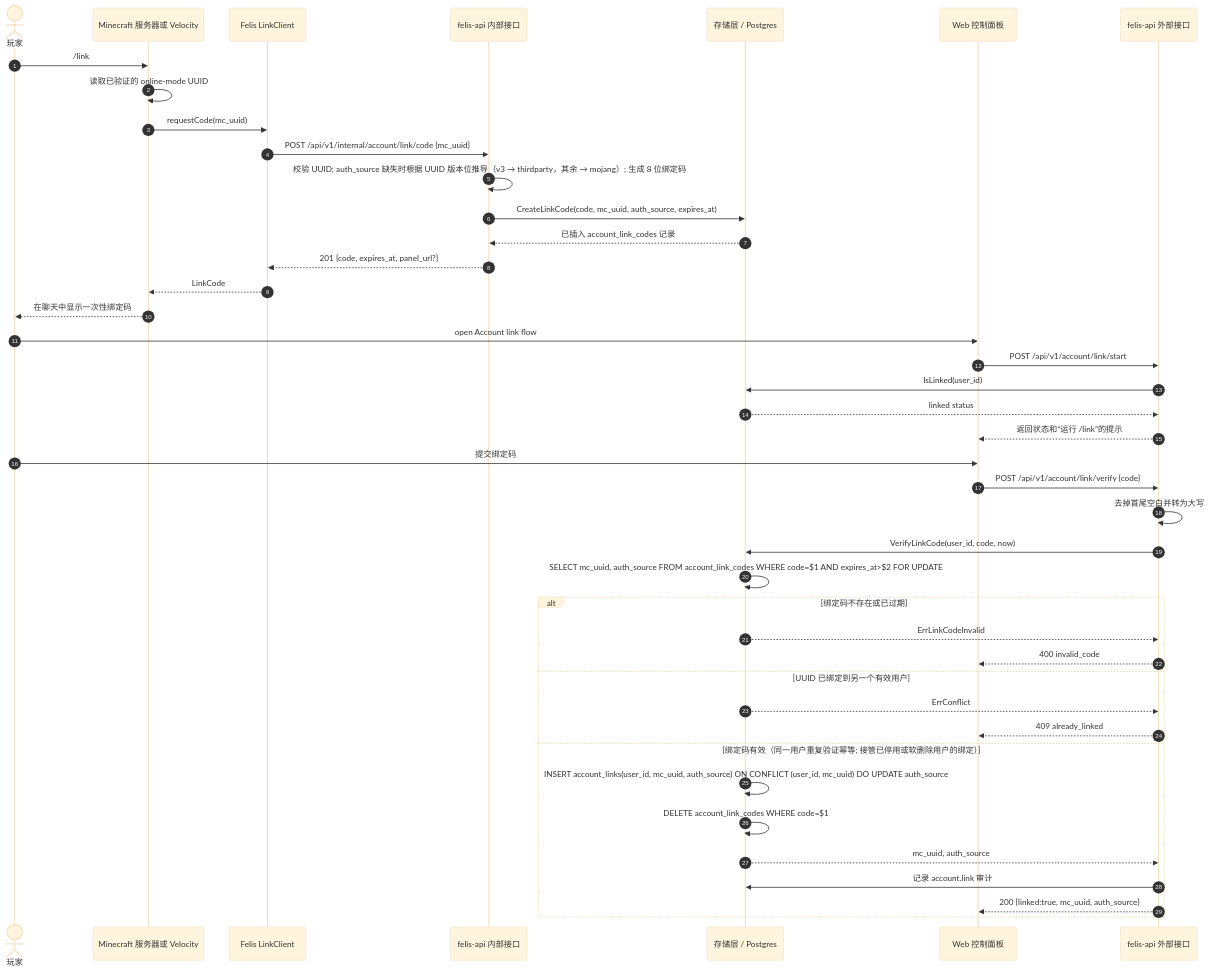
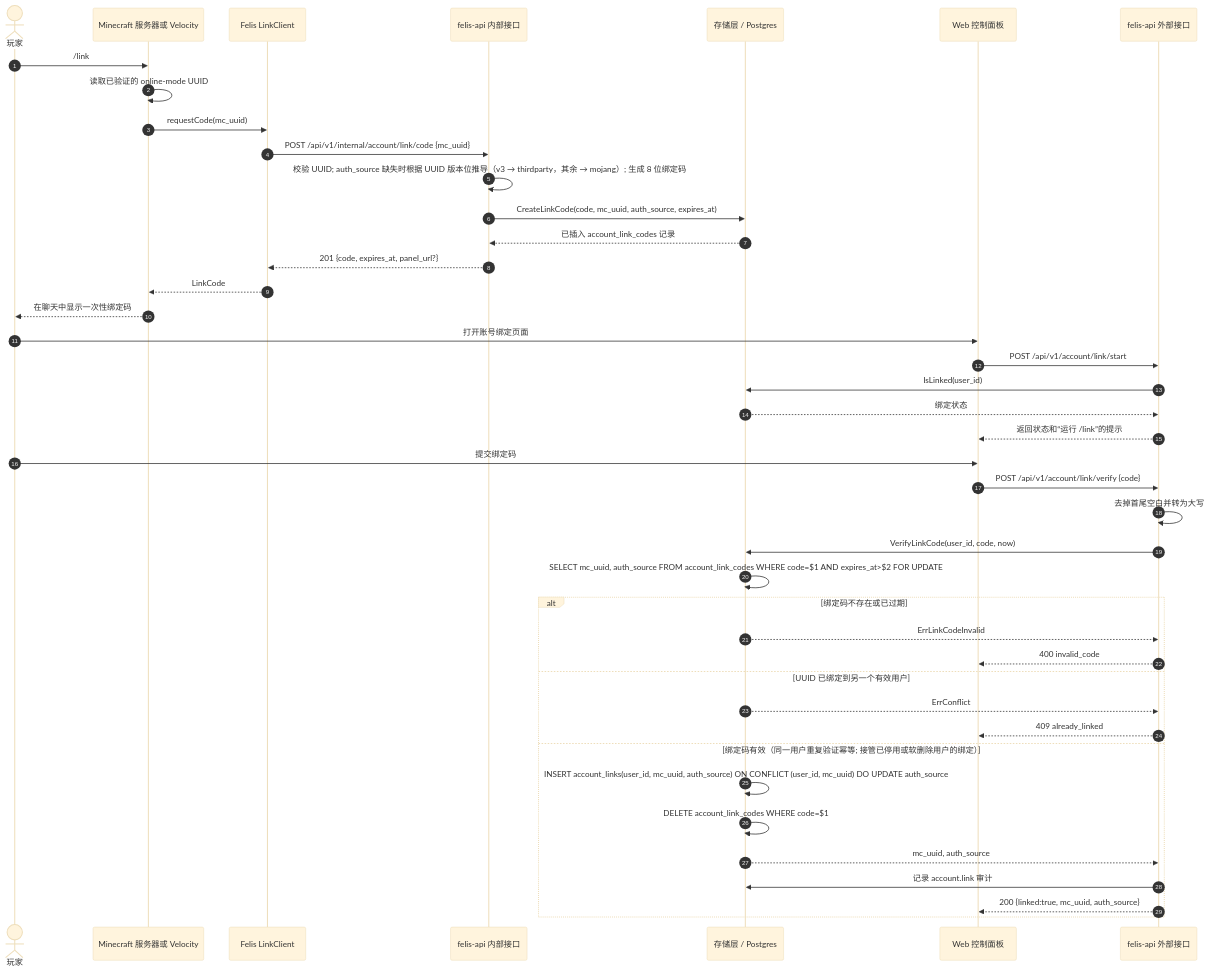
Before and after one commit to FelisMC/docs: the third of 3 diagrams in docs/reference/sequence-diagrams.md, drawn with Mermaid (base theme). The commit also changed other lines of this file and 23 other files, not shown here.

````diff
--- a/docs/reference/sequence-diagrams.md
+++ b/docs/reference/sequence-diagrams.md
@@ -112,47 +121,47 @@
 ```mermaid
 sequenceDiagram
     autonumber
     actor Player as 玩家
     participant Game as Minecraft 服务器或 Velocity
     participant LinkClient as Felis LinkClient
     participant APIInternal as felis-api 内部接口
     participant Repo as 存储层 / Postgres
     participant Panel as Web 控制面板
     participant APIExternal as felis-api 外部接口
 
     Player->>Game: /link
     Game->>Game: 读取已验证的 online-mode UUID
     Game->>LinkClient: requestCode(mc_uuid)
     LinkClient->>APIInternal: POST /api/v1/internal/account/link/code {mc_uuid}
     APIInternal->>APIInternal: 校验 UUID#59; auth_source 缺失时根据 UUID 版本位推导（v3 → thirdparty，其余 → mojang）#59; 生成 8 位绑定码
     APIInternal->>Repo: CreateLinkCode(code, mc_uuid, auth_source, expires_at)
     Repo-->>APIInternal: 已插入 account_link_codes 记录
     APIInternal-->>LinkClient: 201 {code, expires_at, panel_url?}
     LinkClient-->>Game: LinkCode
     Game-->>Player: 在聊天中显示一次性绑定码
 
-    Player->>Panel: open Account link flow
+    Player->>Panel: 打开账号绑定页面
     Panel->>APIExternal: POST /api/v1/account/link/start
     APIExternal->>Repo: IsLinked(user_id)
-    Repo-->>APIExternal: linked status
+    Repo-->>APIExternal: 绑定状态
     APIExternal-->>Panel: 返回状态和“运行 /link”的提示
 
     Player->>Panel: 提交绑定码
     Panel->>APIExternal: POST /api/v1/account/link/verify {code}
     APIExternal->>APIExternal: 去掉首尾空白并转为大写
     APIExternal->>Repo: VerifyLinkCode(user_id, code, now)
     Repo->>Repo: SELECT mc_uuid, auth_source FROM account_link_codes WHERE code=$1 AND expires_at>$2 FOR UPDATE
     alt 绑定码不存在或已过期
         Repo-->>APIExternal: ErrLinkCodeInvalid
         APIExternal-->>Panel: 400 invalid_code
     else UUID 已绑定到另一个有效用户
         Repo-->>APIExternal: ErrConflict
         APIExternal-->>Panel: 409 already_linked
     else 绑定码有效（同一用户重复验证幂等#59; 接管已停用或软删除用户的绑定）
         Repo->>Repo: INSERT account_links(user_id, mc_uuid, auth_source) ON CONFLICT (user_id, mc_uuid) DO UPDATE auth_source
         Repo->>Repo: DELETE account_link_codes WHERE code=$1
         Repo-->>APIExternal: mc_uuid, auth_source
         APIExternal->>Repo: 记录 account.link 审计
         APIExternal-->>Panel: 200 {linked:true, mc_uuid, auth_source}
     end
 ```
````
